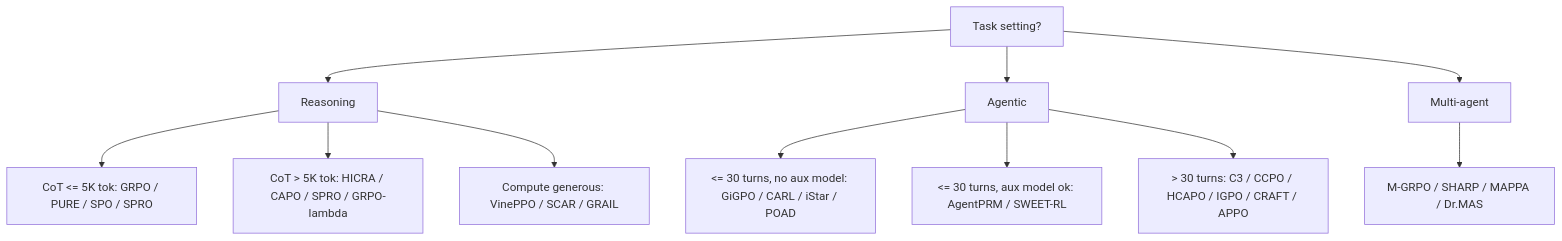
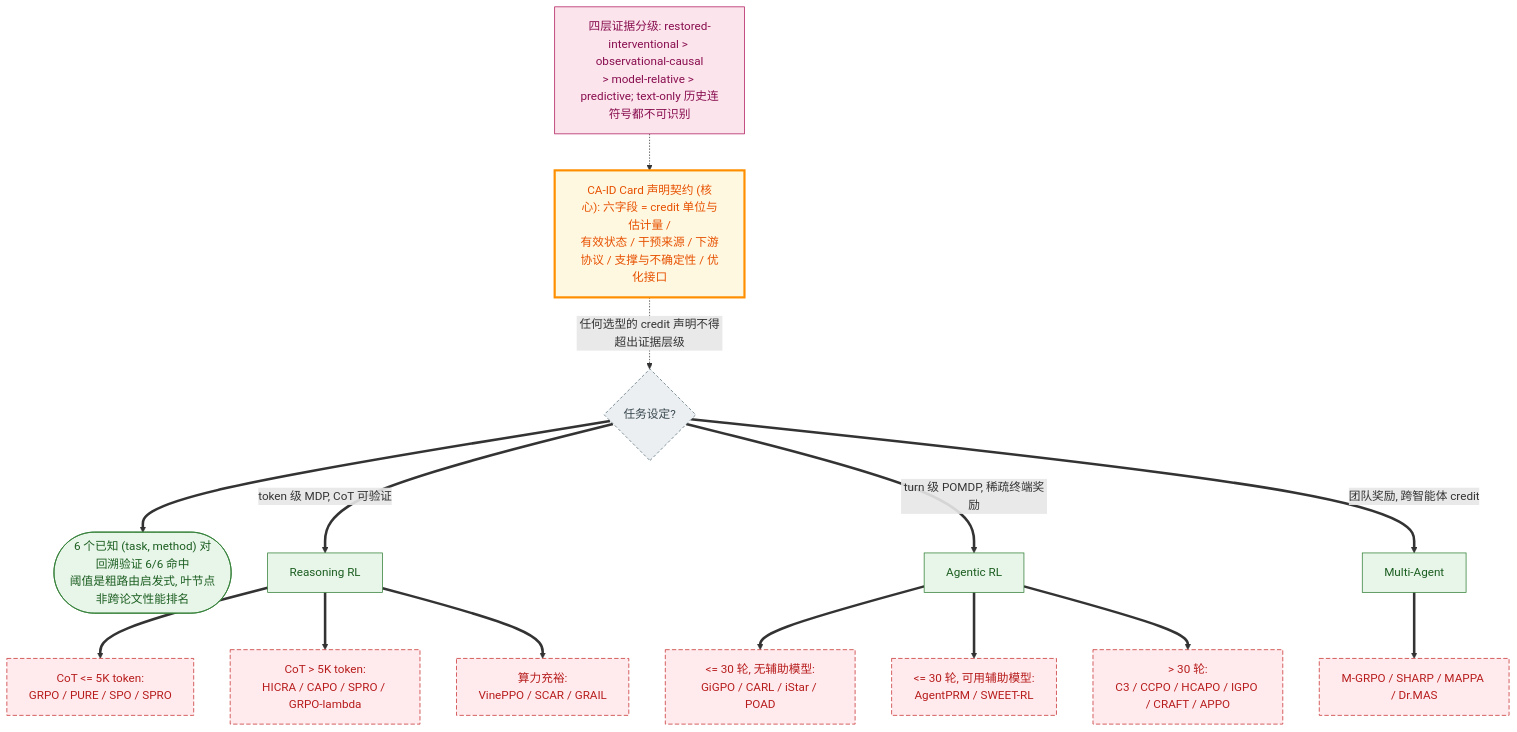
One commit to luohu-arch/physical_intelligence_study changed the diagram in notes/rl/agentic-algo/reasoning-to-agentic.md. Above: the diagram before and after it, drawn with Mermaid. The commit also changed 153 other files, not shown here.

````diff
--- a/notes/rl/agentic-algo/reasoning-to-agentic.md
+++ b/notes/rl/agentic-algo/reasoning-to-agentic.md
@@ -50,13 +50,38 @@
 ```mermaid
-graph TD
-    Q["Task setting?"] --> RS["Reasoning"]
-    Q --> AG["Agentic"]
-    Q --> MA["Multi-agent"]
-    RS --> RS1["CoT <= 5K tok: GRPO / PURE / SPO / SPRO"]
-    RS --> RS2["CoT > 5K tok: HICRA / CAPO / SPRO / GRPO-lambda"]
-    RS --> RS3["Compute generous: VinePPO / SCAR / GRAIL"]
-    AG --> AG1["<= 30 turns, no aux model: GiGPO / CARL / iStar / POAD"]
-    AG --> AG2["<= 30 turns, aux model ok: AgentPRM / SWEET-RL"]
-    AG --> AG3["> 30 turns: C3 / CCPO / HCAPO / IGPO / CRAFT / APPO"]
-    MA --> MA1["M-GRPO / SHARP / MAPPA / Dr.MAS"]
+%%{init: {
+  'theme':'base',
+  'themeVariables':{
+    'primaryColor':'#fafbfd','primaryBorderColor':'#4a5d7d','primaryTextColor':'#1f2937',
+    'fontFamily':'"PingFang SC","Hiragino Sans GB","Microsoft YaHei",sans-serif',
+    'fontSize':'14px','clusterBkg':'#fbfcfe','clusterBorder':'#b9c6d8','edgeLabelBackground':'#ffffff'
+  },
+  'flowchart':{'curve':'basis','nodeSpacing':26,'rankSpacing':42,'padding':10}
+}}%%
+flowchart TD
+    Q{"任务设定?"}:::loop
+    CARD["CA-ID Card 声明契约 (核心): 六字段 = credit 单位与估计量 /<br/>有效状态 / 干预来源 / 下游协议 / 支撑与不确定性 / 优化接口"]:::key
+    EVID["四层证据分级: restored-interventional > observational-causal<br/>> model-relative > predictive; text-only 历史连符号都不可识别"]:::reward
+    VER(["6 个已知 (task, method) 对回溯验证 6/6 命中<br/>阈值是粗路由启发式, 叶节点非跨论文性能排名"]):::data
+
+    Q ==>|"token 级 MDP, CoT 可验证"| RS["Reasoning RL"]:::data
+    Q ==>|"turn 级 POMDP, 稀疏终端奖励"| AG["Agentic RL"]:::data
+    Q ==>|"团队奖励, 跨智能体 credit"| MA["Multi-Agent"]:::data
+
+    RS ==> RS1["CoT <= 5K token:<br/>GRPO / PURE / SPO / SPRO"]:::loss
+    RS ==> RS2["CoT > 5K token:<br/>HICRA / CAPO / SPRO / GRPO-lambda"]:::loss
+    RS ==> RS3["算力充裕:<br/>VinePPO / SCAR / GRAIL"]:::loss
+    AG ==> AG1["<= 30 轮, 无辅助模型:<br/>GiGPO / CARL / iStar / POAD"]:::loss
+    AG ==> AG2["<= 30 轮, 可用辅助模型:<br/>AgentPRM / SWEET-RL"]:::loss
+    AG ==> AG3["> 30 轮:<br/>C3 / CCPO / HCAPO / IGPO / CRAFT / APPO"]:::loss
+    MA ==> MA1["M-GRPO / SHARP / MAPPA / Dr.MAS"]:::loss
+
+    CARD -.->|"任何选型的 credit 声明不得超出证据层级"| Q
+    EVID -.-> CARD
+    Q ==> VER
+
+    classDef data fill:#e8f5e9,stroke:#2e7d32,color:#1b5e20
+    classDef loss fill:#ffebee,stroke:#c62828,stroke-dasharray:6 3,color:#b71c1c
+    classDef loop fill:#eceff1,stroke:#546e7a,stroke-dasharray:4 3,color:#37474f
+    classDef reward fill:#fce4ec,stroke:#ad1457,color:#880e4f
+    classDef key fill:#fff8e1,stroke:#ff8f00,stroke-width:3px,color:#e65100
 ```
````
